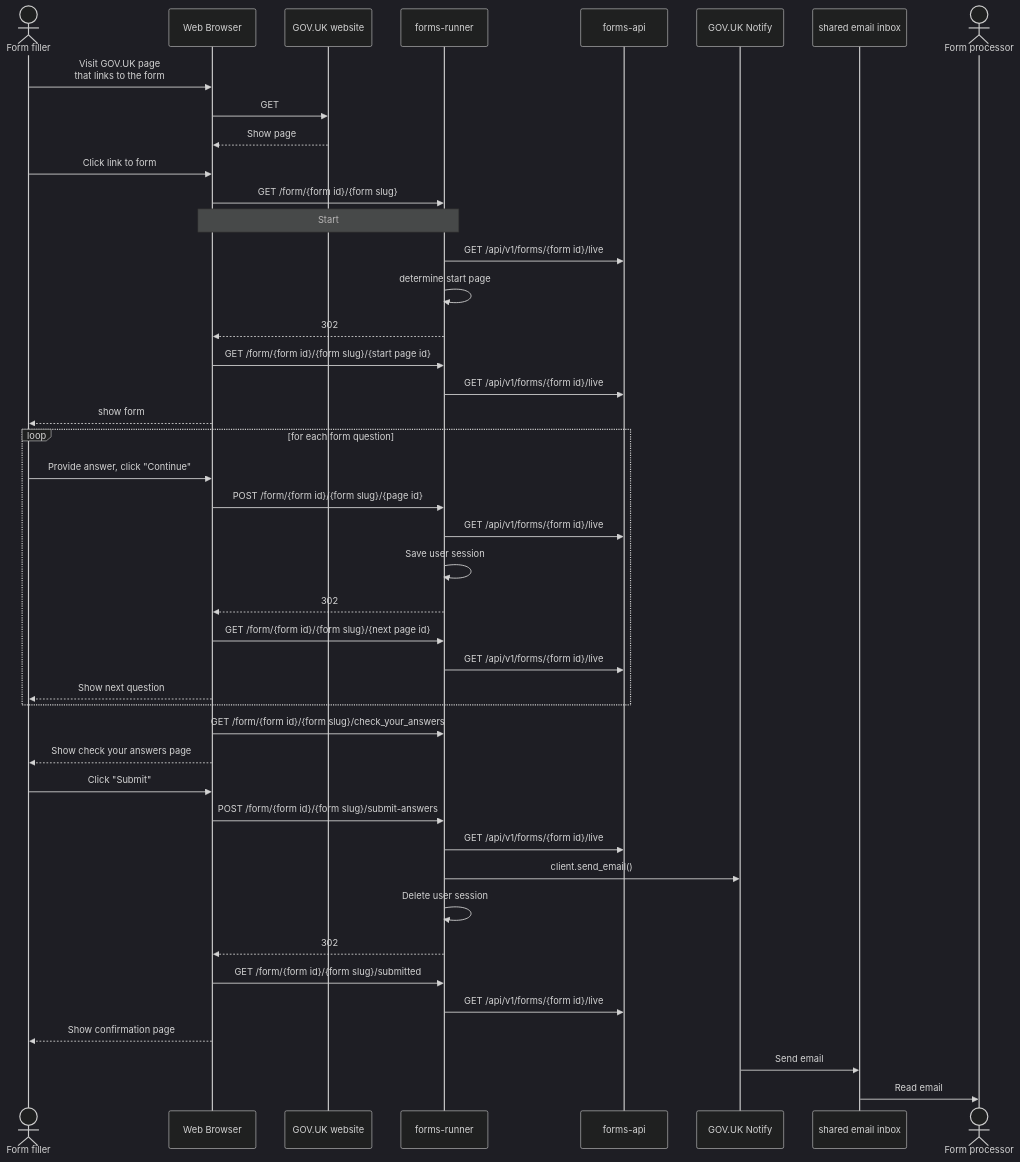
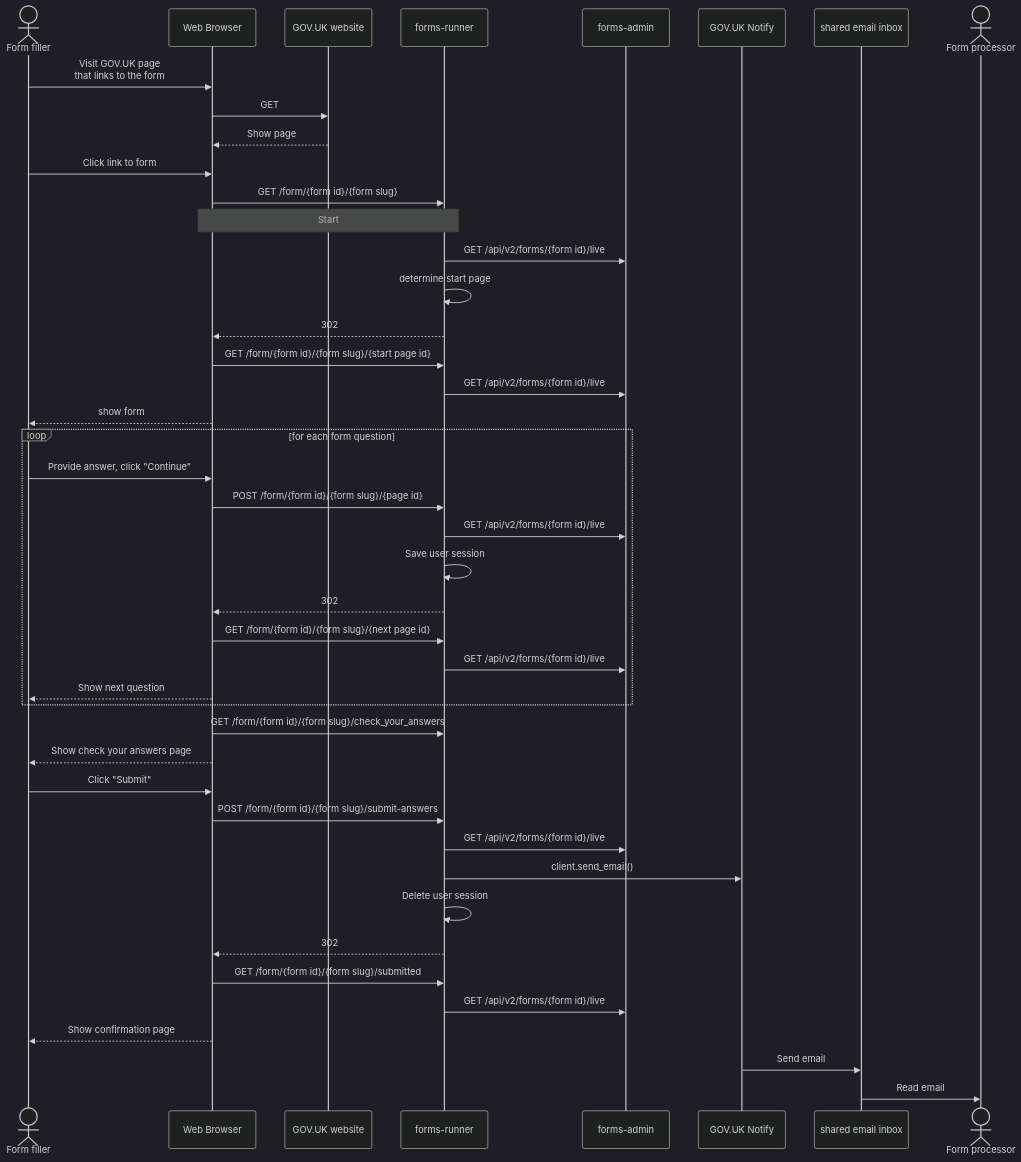
Before and after one commit to alphagov/forms: the first of 2 diagrams in diagrams/sequence-diagrams/filling-in-a-form.md, drawn with Mermaid (dark theme). The commit also changed other lines of this file and 3 other files, not shown here.

First line of the commit message:
Remove forms-api from sequence diagrams

````diff
--- a/diagrams/sequence-diagrams/filling-in-a-form.md
+++ b/diagrams/sequence-diagrams/filling-in-a-form.md
@@ -3,50 +3,50 @@
 ```mermaid 
 sequenceDiagram
   actor user as Form filler
   participant browser as Web Browser
   participant govuk as GOV.UK website
   participant runner as forms-runner
-  participant api as forms-api
+  participant admin as forms-admin
   participant notify as GOV.UK Notify
   participant inbox as shared email inbox
   actor processor as Form processor
 
   user->>browser: Visit GOV.UK page<br />that links to the form
   browser->>govuk: GET
   govuk-->>browser: Show page
 
   user->>browser: Click link to form
   browser->>runner: GET /form/{form id}/{form slug}
   note over browser,runner: Start 
-  runner->>api: GET /api/v1/forms/{form id}/live
+  runner->>admin: GET /api/v2/forms/{form id}/live
   runner->>runner: determine start page  
   runner-->>browser: 302
   browser->>runner: GET /form/{form id}/{form slug}/{start page id}
-  runner->>api: GET /api/v1/forms/{form id}/live
+  runner->>admin: GET /api/v2/forms/{form id}/live
   browser-->>user: show form
 
   loop for each form question
     user->>browser: Provide answer, click "Continue"
     browser->>runner: POST /form/{form id}/{form slug}/{page id}
-    runner->>api: GET /api/v1/forms/{form id}/live
+    runner->>admin: GET /api/v2/forms/{form id}/live
     runner->>runner: Save user session
     runner-->>browser: 302
     browser->>runner: GET /form/{form id}/{form slug}/{next page id}
-    runner->>api: GET /api/v1/forms/{form id}/live
+    runner->>admin: GET /api/v2/forms/{form id}/live
     browser-->>user: Show next question    
   end
 
   browser->>runner: GET /form/{form id}/{form slug}/check_your_answers
   browser-->>user: Show check your answers page
   user->>browser: Click "Submit"
   browser->>runner: POST /form/{form id}/{form slug}/submit-answers
-  runner->>api: GET /api/v1/forms/{form id}/live
+  runner->>admin: GET /api/v2/forms/{form id}/live
   runner->>notify: client.send_email()
   runner->>runner: Delete user session
   runner-->>browser: 302
   browser->>runner: GET /form/{form id}/{form slug}/submitted
-  runner->>api: GET /api/v1/forms/{form id}/live
+  runner->>admin: GET /api/v2/forms/{form id}/live
   browser-->>user: Show confirmation page
   notify->>inbox: Send email
   inbox->>processor: Read email
 ```
````
